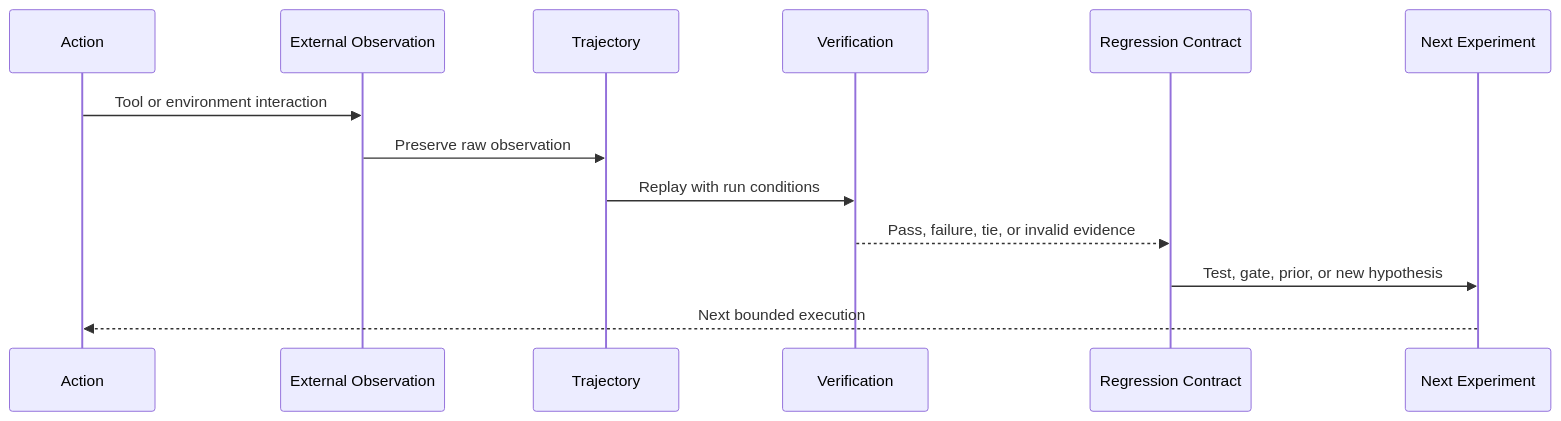
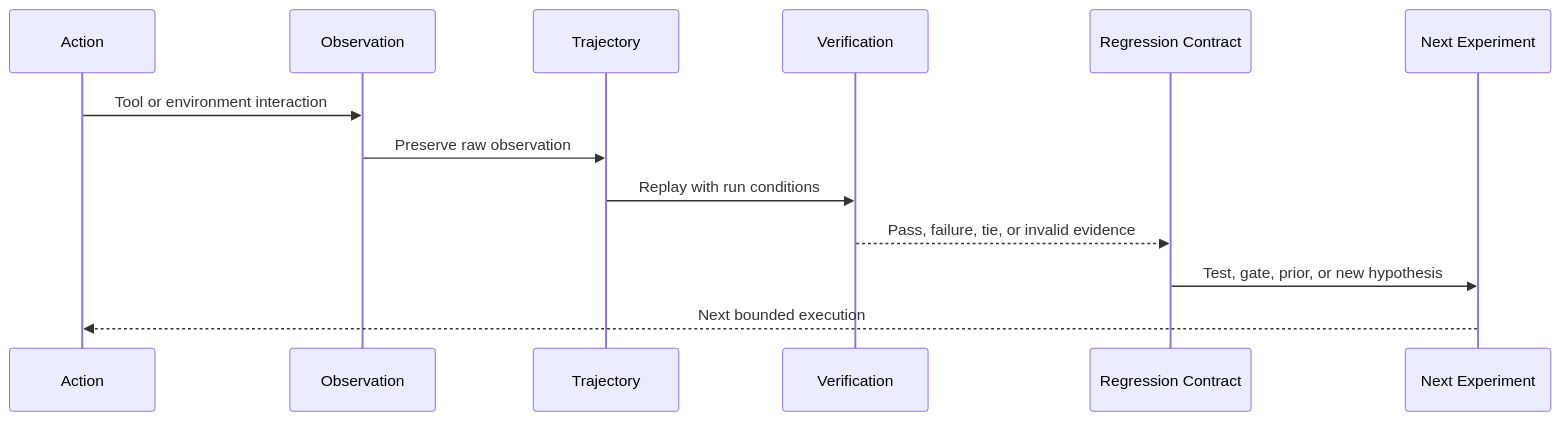
The fifth of 5 diagrams in README_EN.md (mangowhoiscloud/mangowhoiscloud), drawn with Mermaid before and after one commit. The commit also changed other lines of this file, not shown here.

Commit message:
docs(profile): compact English architecture narrative

````diff
--- a/README_EN.md
+++ b/README_EN.md
@@ -176,16 +159,15 @@
 ```mermaid
 sequenceDiagram
     participant A as Action
-    participant O as External Observation
+    participant O as Observation
     participant T as Trajectory
     participant V as Verification
     participant R as Regression Contract
     participant N as Next Experiment
-
     A->>O: Tool or environment interaction
     O->>T: Preserve raw observation
     T->>V: Replay with run conditions
     V-->>R: Pass, failure, tie, or invalid evidence
     R->>N: Test, gate, prior, or new hypothesis
     N-->>A: Next bounded execution
 ```
````
